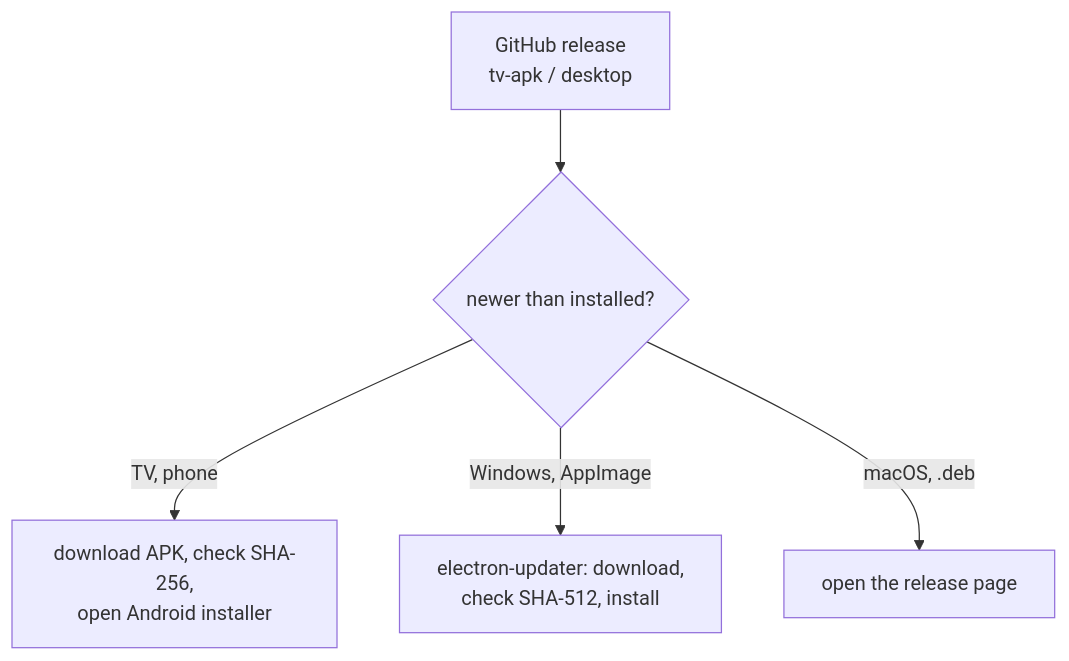
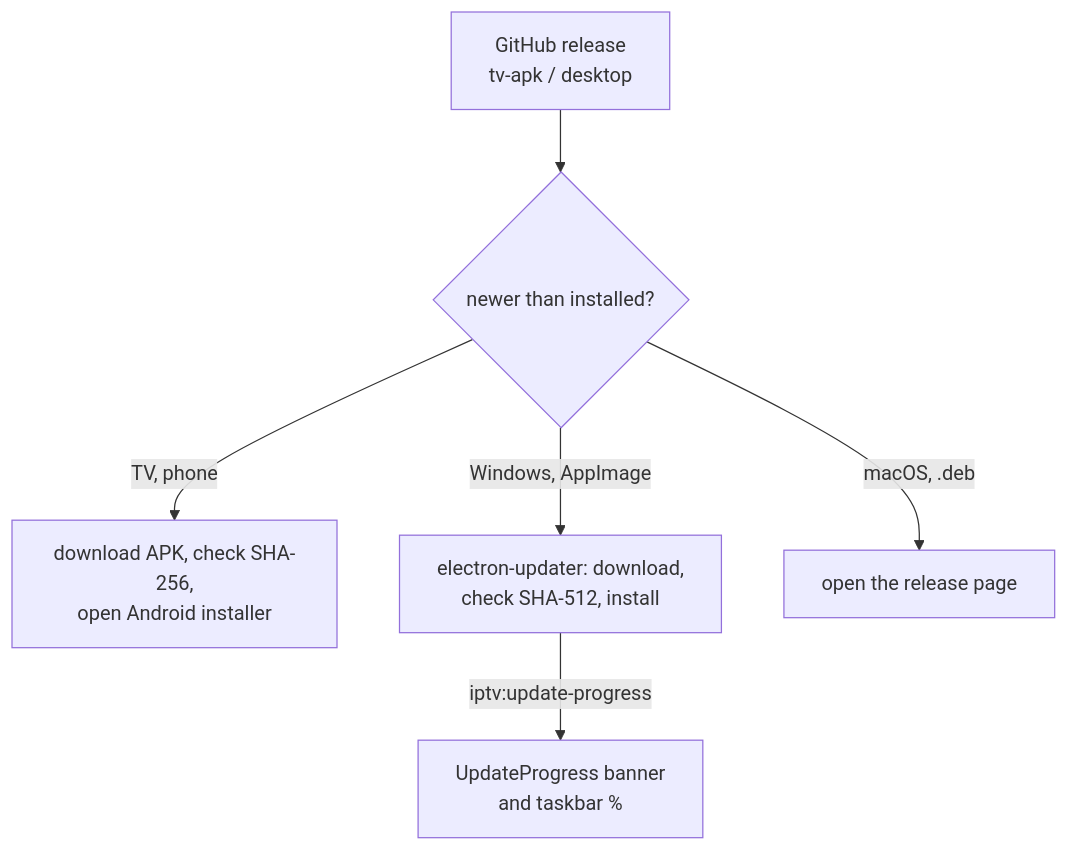
Before and after one commit to brunoccst/iptv-player: diagram 43 of 44 in documentation/FEATURES-TECHNICAL.md, drawn with Mermaid. The commit also changed other lines of this file and 11 other files, not shown here.

````diff
--- a/documentation/FEATURES-TECHNICAL.md
+++ b/documentation/FEATURES-TECHNICAL.md
@@ -787,7 +787,8 @@
 ```mermaid
 flowchart TD
   R["GitHub release<br/>tv-apk / desktop"] --> C{newer than installed?}
   C -->|TV, phone| A["download APK, check SHA-256,<br/>open Android installer"]
   C -->|Windows, AppImage| E["electron-updater: download,<br/>check SHA-512, install"]
+  E -->|iptv:update-progress| P["UpdateProgress banner<br/>and taskbar %"]
   C -->|macOS, .deb| O[open the release page]
 ```
````
